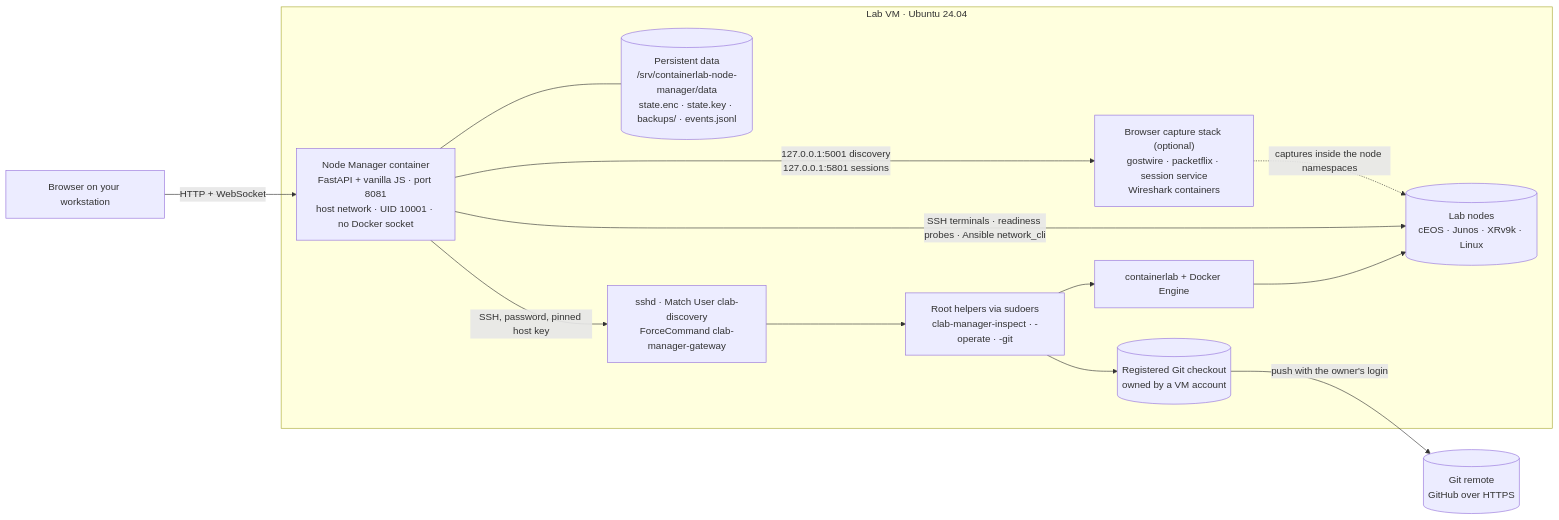
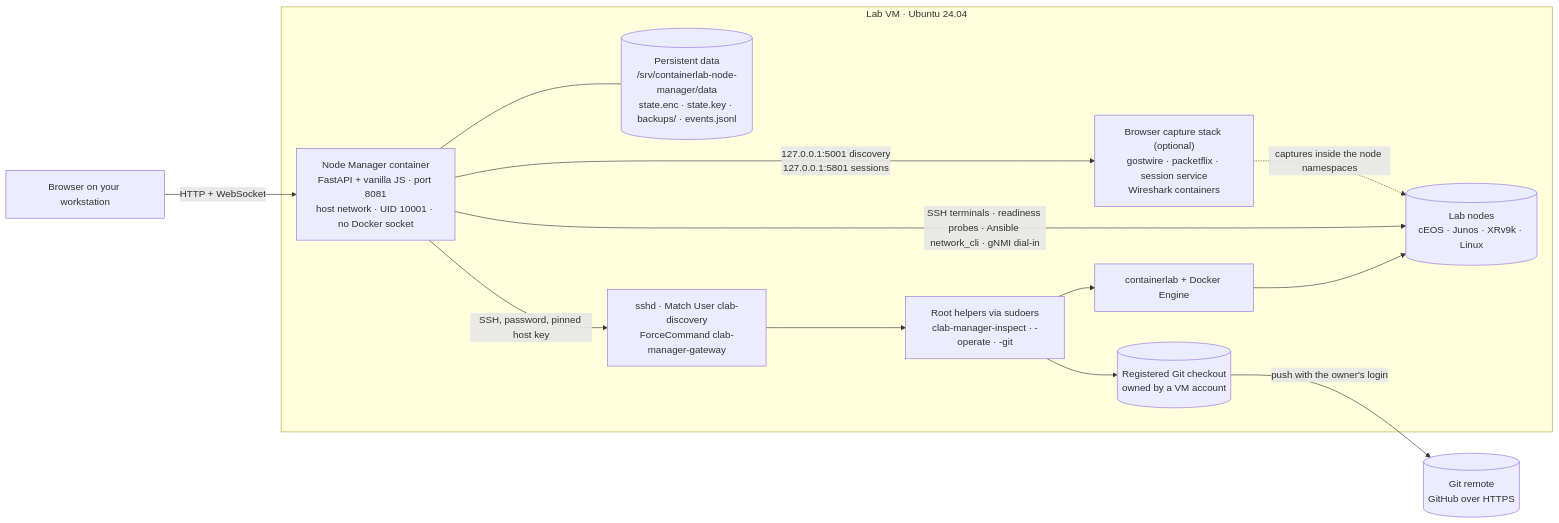
The first of 5 diagrams in docs/ARCHITECTURE.md (ArchRuger/CLAB-BACKUP-WORKER-v2), drawn with Mermaid before and after one commit. The commit also changed other lines of this file and 61 other files, not shown here.

````diff
--- a/docs/ARCHITECTURE.md
+++ b/docs/ARCHITECTURE.md
@@ -10,23 +10,23 @@
 ```mermaid
 flowchart LR
     B["Browser on your workstation"]
     subgraph VM["Lab VM · Ubuntu 24.04"]
         M["Node Manager container<br/>FastAPI + vanilla JS · port 8081<br/>host network · UID 10001 · no Docker socket"]
         D[("Persistent data<br/>/srv/containerlab-node-manager/data<br/>state.enc · state.key · backups/ · events.jsonl")]
         G["sshd · Match User clab-discovery<br/>ForceCommand clab-manager-gateway"]
         H["Root helpers via sudoers<br/>clab-manager-inspect · -operate · -git"]
         C["containerlab + Docker Engine"]
         N[("Lab nodes<br/>cEOS · Junos · XRv9k · Linux")]
         W["Browser capture stack (optional)<br/>gostwire · packetflix · session service<br/>Wireshark containers"]
         K[("Registered Git checkout<br/>owned by a VM account")]
     end
     R[("Git remote<br/>GitHub over HTTPS")]
     B -- "HTTP + WebSocket" --> M
     M --- D
     M -- "SSH, password, pinned host key" --> G --> H
     H --> C --> N
     H --> K -- "push with the owner's login" --> R
-    M -- "SSH terminals · readiness probes · Ansible network_cli" --> N
+    M -- "SSH terminals · readiness probes · Ansible network_cli · gNMI dial-in" --> N
     M -- "127.0.0.1:5001 discovery<br/>127.0.0.1:5801 sessions" --> W
     W -. "captures inside the node namespaces" .-> N
 ```
````
